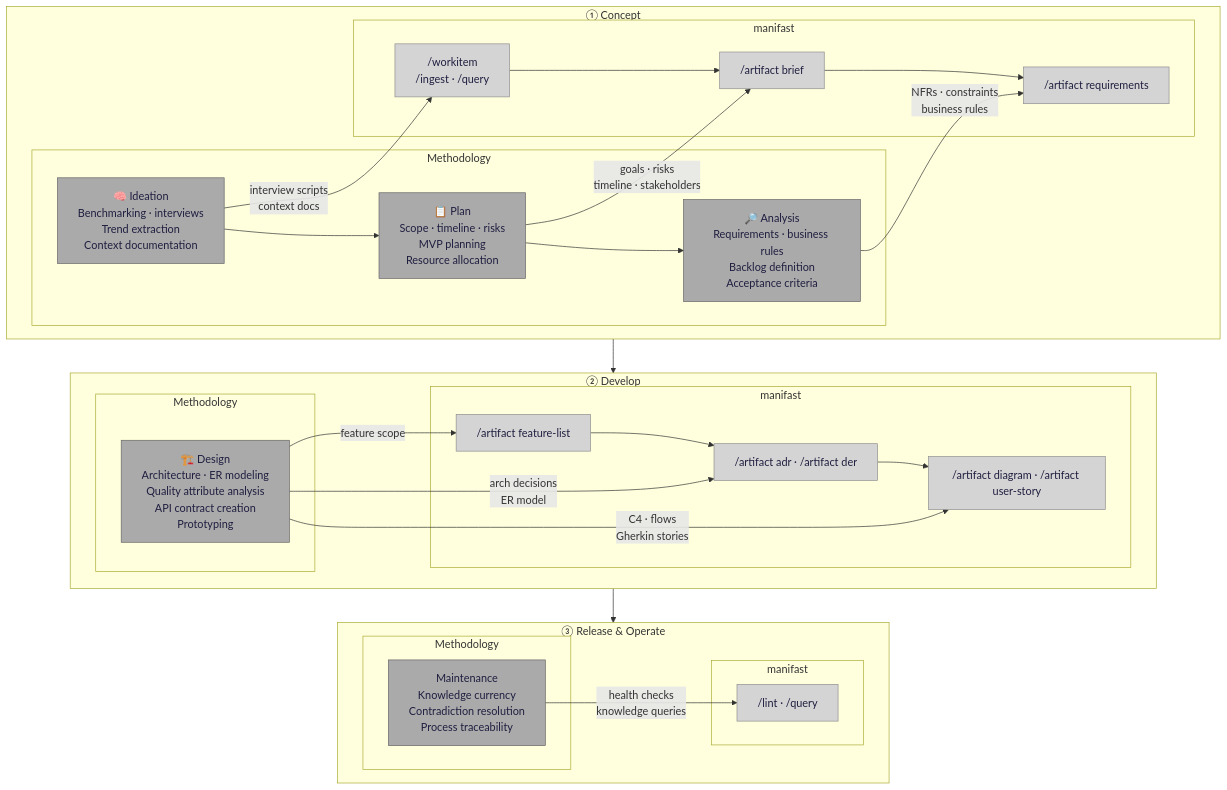
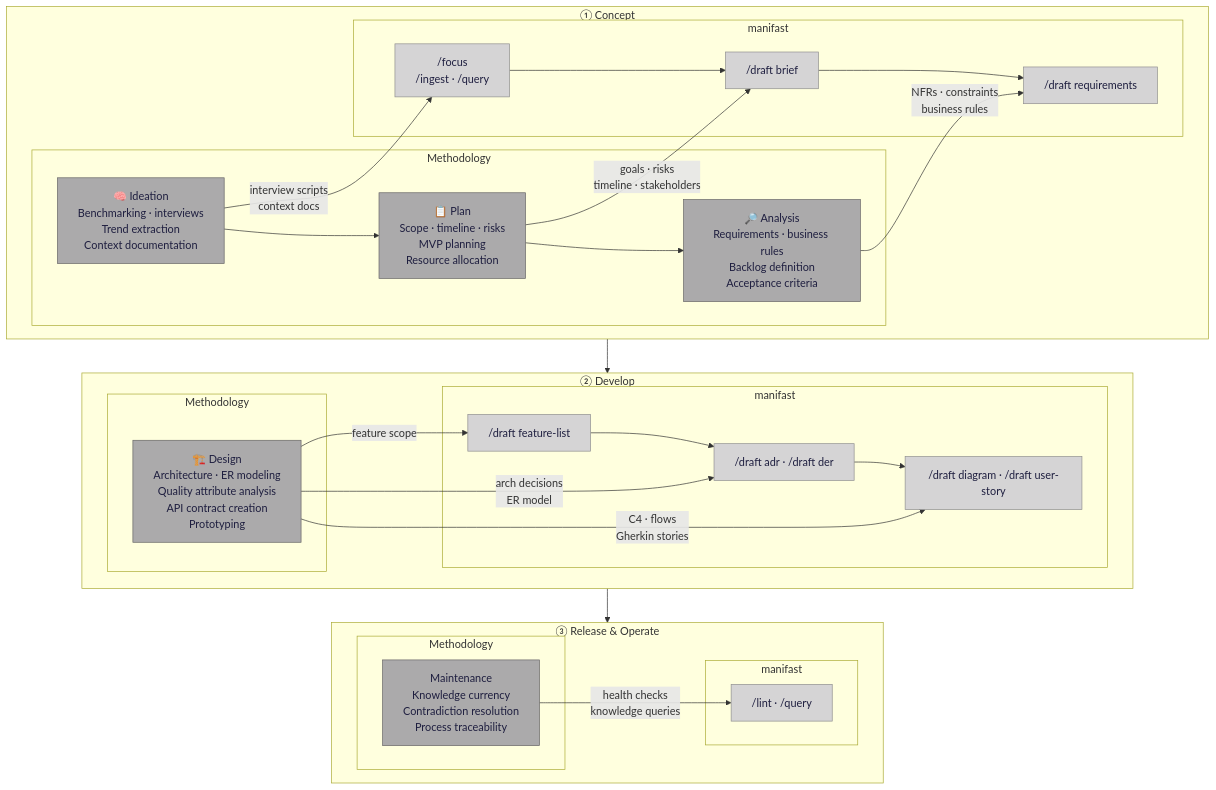
The first of 9 diagrams in RESEARCH.md (cooperacode/forge), drawn with Mermaid before and after one commit. The commit also changed other lines of this file and 9 other files, not shown here.

````diff
--- a/RESEARCH.md
+++ b/RESEARCH.md
@@ -41,73 +41,73 @@
 ```mermaid
 flowchart TD
 
     subgraph CONCEPT["① Concept"]
         direction LR
 
         subgraph CONCEPT_P["Methodology"]
             CI["🧠 Ideation<br/>Benchmarking · interviews<br/>Trend extraction<br/>Context documentation"]
             CP["📋 Plan<br/>Scope · timeline · risks<br/>MVP planning<br/>Resource allocation"]
             CA["🔎 Analysis<br/>Requirements · business rules<br/>Backlog definition<br/>Acceptance criteria"]
             CI --> CP --> CA
         end
 
         subgraph CONCEPT_M["manifast"]
-            CM1["/workitem<br/>/ingest · /query"]
-            CM2["/artifact brief"]
-            CM3["/artifact requirements"]
+            CM1["/focus<br/>/ingest · /query"]
+            CM2["/draft brief"]
+            CM3["/draft requirements"]
             CM1 --> CM2 --> CM3
         end
 
         CI -->|"interview scripts<br/>context docs"| CM1
         CP -->|"goals · risks<br/>timeline · stakeholders"| CM2
         CA -->|"NFRs · constraints<br/>business rules"| CM3
     end
 
     subgraph DEVELOP["② Develop"]
         direction LR
 
         subgraph DEVELOP_P["Methodology"]
             DD["🏗️ Design<br/>Architecture · ER modeling<br/>Quality attribute analysis<br/>API contract creation<br/>Prototyping"]
         end
 
         subgraph DEVELOP_M["manifast"]
-            DM1["/artifact feature-list"]
-            DM2["/artifact adr · /artifact der"]
-            DM3["/artifact diagram · /artifact user-story"]
+            DM1["/draft feature-list"]
+            DM2["/draft adr · /draft der"]
+            DM3["/draft diagram · /draft user-story"]
             DM1 --> DM2 --> DM3
         end
 
         DD -->|"feature scope"| DM1
         DD -->|"arch decisions<br/>ER model"| DM2
         DD -->|"C4 · flows<br/>Gherkin stories"| DM3
     end
 
     subgraph OPERATE["③ Release & Operate"]
         direction LR
 
         subgraph OPERATE_P["Methodology"]
             OA["Maintenance<br/>Knowledge currency<br/>Contradiction resolution<br/>Process traceability"]
         end
 
         subgraph OPERATE_M["manifast"]
             OM["/lint · /query"]
         end
 
         OA -->|"health checks<br/>knowledge queries"| OM
     end
 
     CONCEPT --> DEVELOP --> OPERATE
 
     style CI fill:#abaaab,stroke:#656465,color:#1e1e3f
     style CP fill:#abaaab,stroke:#656465,color:#1e1e3f
     style CA fill:#abaaab,stroke:#656465,color:#1e1e3f
     style DD fill:#abaaab,stroke:#656465,color:#1e1e3f
     style OA fill:#abaaab,stroke:#656465,color:#1e1e3f
     style CM1 fill:#d5d4d5,stroke:#8f8e8f,color:#1e1e3f
     style CM2 fill:#d5d4d5,stroke:#8f8e8f,color:#1e1e3f
     style CM3 fill:#d5d4d5,stroke:#8f8e8f,color:#1e1e3f
     style DM1 fill:#d5d4d5,stroke:#8f8e8f,color:#1e1e3f
     style DM2 fill:#d5d4d5,stroke:#8f8e8f,color:#1e1e3f
     style DM3 fill:#d5d4d5,stroke:#8f8e8f,color:#1e1e3f
     style OM  fill:#d5d4d5,stroke:#8f8e8f,color:#1e1e3f
 ```
````
